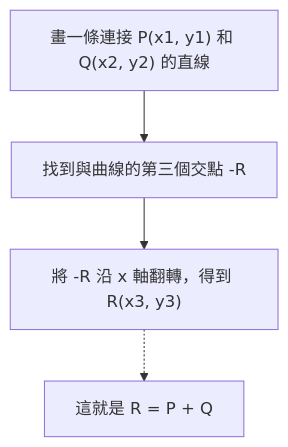
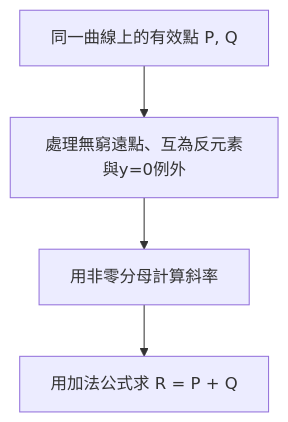
One commit to kenjinote/blog changed the first of 3 diagrams in content/post/楕円曲線暗号の数学的基礎とcppでの実装/index.zh-tw.md. Above: the diagram before and after it, drawn with Mermaid. The commit also changed other lines of this file and 8 other files, not shown here.

````diff
--- a/content/post/楕円曲線暗号の数学的基礎とcppでの実装/index.zh-tw.md
+++ b/content/post/楕円曲線暗号の数学的基礎とcppでの実装/index.zh-tw.md
@@ -113,6 +81,6 @@
 ```mermaid
 graph TD
-    Step1["畫一條連接 P(x1, y1) 和 Q(x2, y2) 的直線"] --> Step2["找到與曲線的第三個交點 -R"]
-    Step2 --> Step3["將 -R 沿 x 軸翻轉，得到 R(x3, y3)"]
-    Step3 -.-> Result["這就是 R = P + Q"]
+    A["同一曲線上的有效點 P, Q"] --> B["處理無窮遠點、互為反元素與y=0例外"]
+    B --> C["用非零分母計算斜率"]
+    C --> D["用加法公式求 R = P + Q"]
 ```
````
